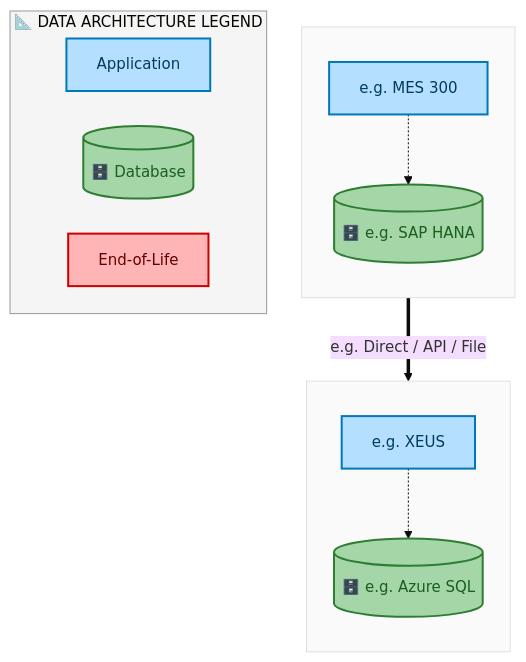
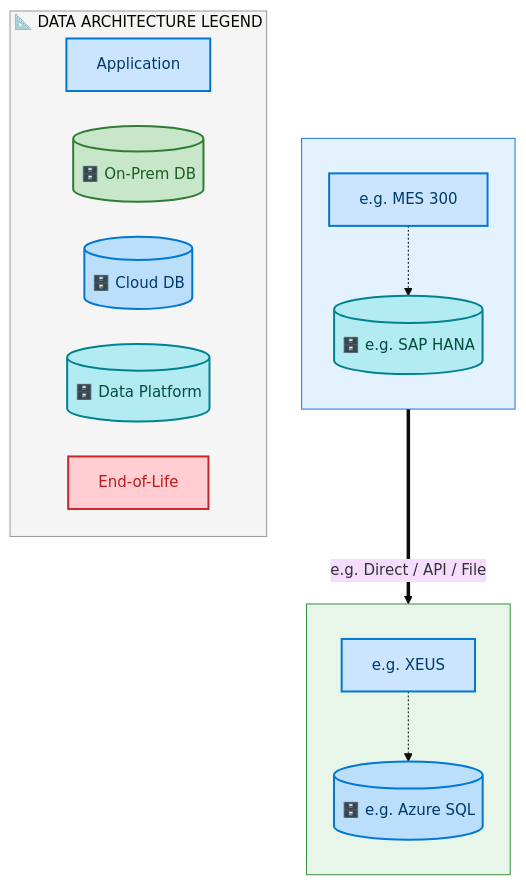
Before and after one commit to sajivfrancis777/IAO-Architecture: the fourth of 8 diagrams in towers/E2E/Procure to Pay/E2E-100/output/docs/systems-architecture/E2E-100-Architecture.md, drawn with Mermaid. The commit also changed other lines of this file and 394 other files, not shown here.

First line of the commit message:
feat: structured layer ordering for Mermaid architecture diagrams

````diff
--- a/towers/E2E/Procure to Pay/E2E-100/output/docs/systems-architecture/E2E-100-Architecture.md
+++ b/towers/E2E/Procure to Pay/E2E-100/output/docs/systems-architecture/E2E-100-Architecture.md
@@ -478,33 +479,37 @@
 ```mermaid
 %%{init: {"theme": "base", "securityLevel": "loose", "themeVariables": {"fontSize": "15px", "fontFamily": "Segoe UI, Arial"}, "flowchart": {"useMaxWidth": false, "htmlLabels": true, "nodeSpacing": 35, "rankSpacing": 45}} }%%
 flowchart TB
-    classDef appBox fill:#B5DFFF,stroke:#0077B6,stroke-width:2px,color:#003D5B
-    classDef dbCyl fill:#A5D6A7,stroke:#2E7D32,stroke-width:2px,color:#1B5E20
-    classDef eolBox fill:#FFB5B5,stroke:#CC0000,stroke-width:2px,color:#660000
+    classDef appBox fill:#CCE5FF,stroke:#0078D4,stroke-width:2px,color:#003A6C
+    classDef dbCyl fill:#C8E6C9,stroke:#2E7D32,stroke-width:2px,color:#1B5E20
+    classDef dbCloud fill:#BBDEFB,stroke:#0078D4,stroke-width:2px,color:#003A6C
+    classDef dbData fill:#B2EBF2,stroke:#00838F,stroke-width:2px,color:#004D40
+    classDef eolBox fill:#FFCDD2,stroke:#C62828,stroke-width:2px,color:#B71C1C
 
     subgraph E2E100FDACL_e_g_Azure_SQL[" "]
         direction TB
         E2E100FDAA_e_g_XEUS["e.g. XEUS"]:::appBox
-        E2E100FDAD_e_g_Azure_SQL[("🗄️ e.g. Azure SQL")]:::dbCyl
+        E2E100FDAD_e_g_Azure_SQL[("🗄️ e.g. Azure SQL")]:::dbCloud
         E2E100FDAA_e_g_XEUS -.-> E2E100FDAD_e_g_Azure_SQL
     end
-    style E2E100FDACL_e_g_Azure_SQL fill:#FAFAFA,stroke:#E0E0E0,stroke-width:1px
+    style E2E100FDACL_e_g_Azure_SQL fill:#E8F5E9,stroke:#388E3C,stroke-width:1px
 
     subgraph E2E100FDACL_e_g_SAP_HANA[" "]
         direction TB
         E2E100FDAA_e_g_MES_300["e.g. MES 300"]:::appBox
-        E2E100FDAD_e_g_SAP_HANA[("🗄️ e.g. SAP HANA")]:::dbCyl
+        E2E100FDAD_e_g_SAP_HANA[("🗄️ e.g. SAP HANA")]:::dbData
         E2E100FDAA_e_g_MES_300 -.-> E2E100FDAD_e_g_SAP_HANA
     end
-    style E2E100FDACL_e_g_SAP_HANA fill:#FAFAFA,stroke:#E0E0E0,stroke-width:1px
+    style E2E100FDACL_e_g_SAP_HANA fill:#E3F2FD,stroke:#1976D2,stroke-width:1px
 
     E2E100FDAD_e_g_SAP_HANA ==>|"e.g. Direct / API / File"| E2E100FDAD_e_g_Azure_SQL
 
     subgraph Legend["📐 DATA ARCHITECTURE LEGEND"]
         direction LR
         L_A["Application"]:::appBox
-        L_D[("🗄️ Database")]:::dbCyl
+        L_D[("🗄️ On-Prem DB")]:::dbCyl
+        L_DC[("🗄️ Cloud DB")]:::dbCloud
+        L_DD[("🗄️ Data Platform")]:::dbData
         L_E["End-of-Life"]:::eolBox
     end
     style Legend fill:#F5F5F5,stroke:#999,stroke-width:1px
 ```
````
